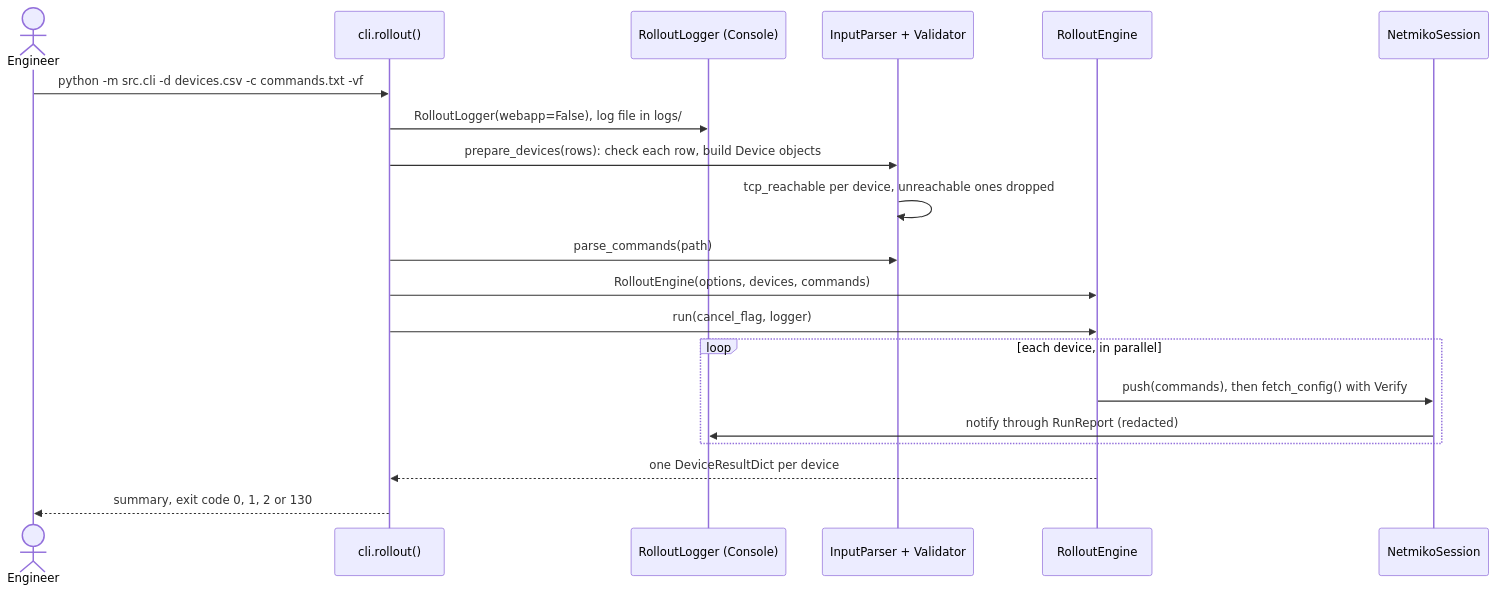
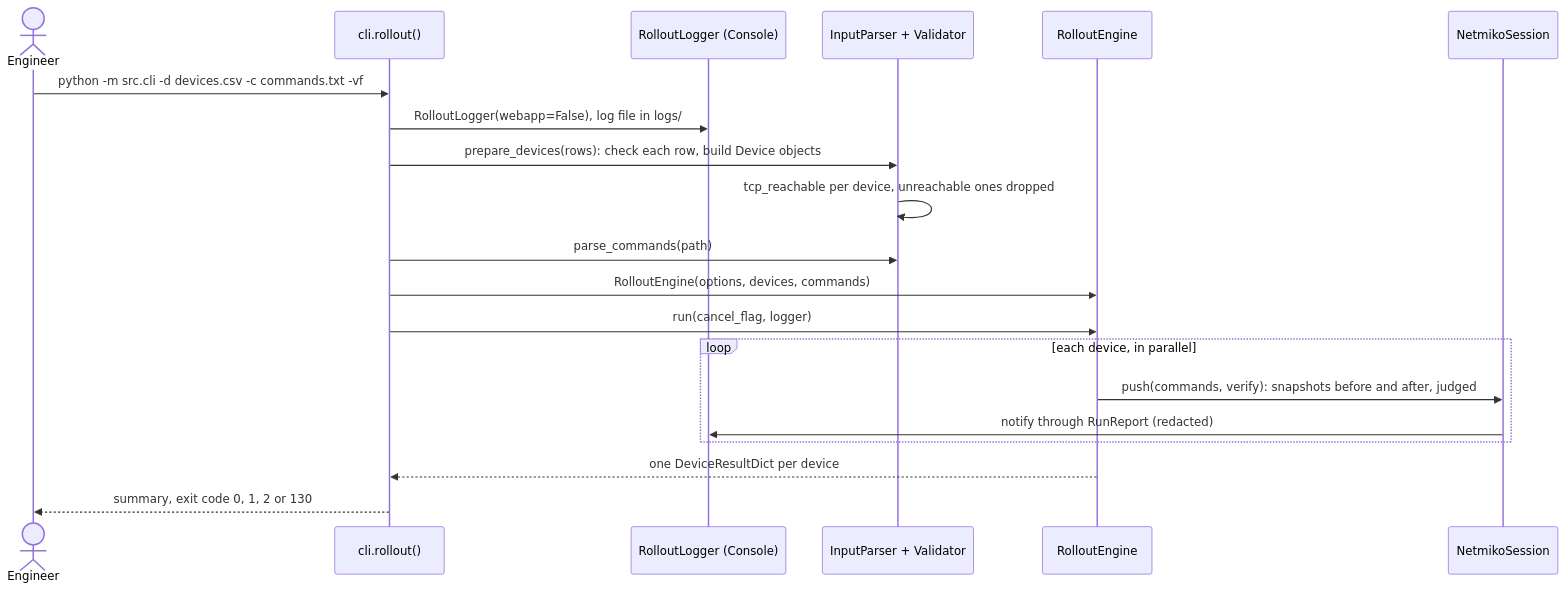
The third of 15 diagrams in docs/architecture.md (itamar14-byte/NetRollout), drawn with Mermaid before and after one commit. The commit also changed other lines of this file and 7 other files, not shown here.

````diff
--- a/docs/architecture.md
+++ b/docs/architecture.md
@@ -494,23 +497,23 @@
 ```mermaid
 sequenceDiagram
     actor E as Engineer
     participant C as cli.rollout()
     participant L as RolloutLogger (Console)
     participant P as InputParser + Validator
     participant R as RolloutEngine
     participant N as NetmikoSession
 
     E->>C: python -m src.cli -d devices.csv -c commands.txt -vf
     C->>L: RolloutLogger(webapp=False), log file in logs/
     C->>P: prepare_devices(rows): check each row, build Device objects
     P->>P: tcp_reachable per device, unreachable ones dropped
     C->>P: parse_commands(path)
     C->>R: RolloutEngine(options, devices, commands)
     C->>R: run(cancel_flag, logger)
     loop each device, in parallel
-        R->>N: push(commands), then fetch_config() with Verify
+        R->>N: push(commands, verify): snapshots before and after, judged
         N->>L: notify through RunReport (redacted)
     end
     R-->>C: one DeviceResultDict per device
     C-->>E: summary, exit code 0, 1, 2 or 130
 ```
````
